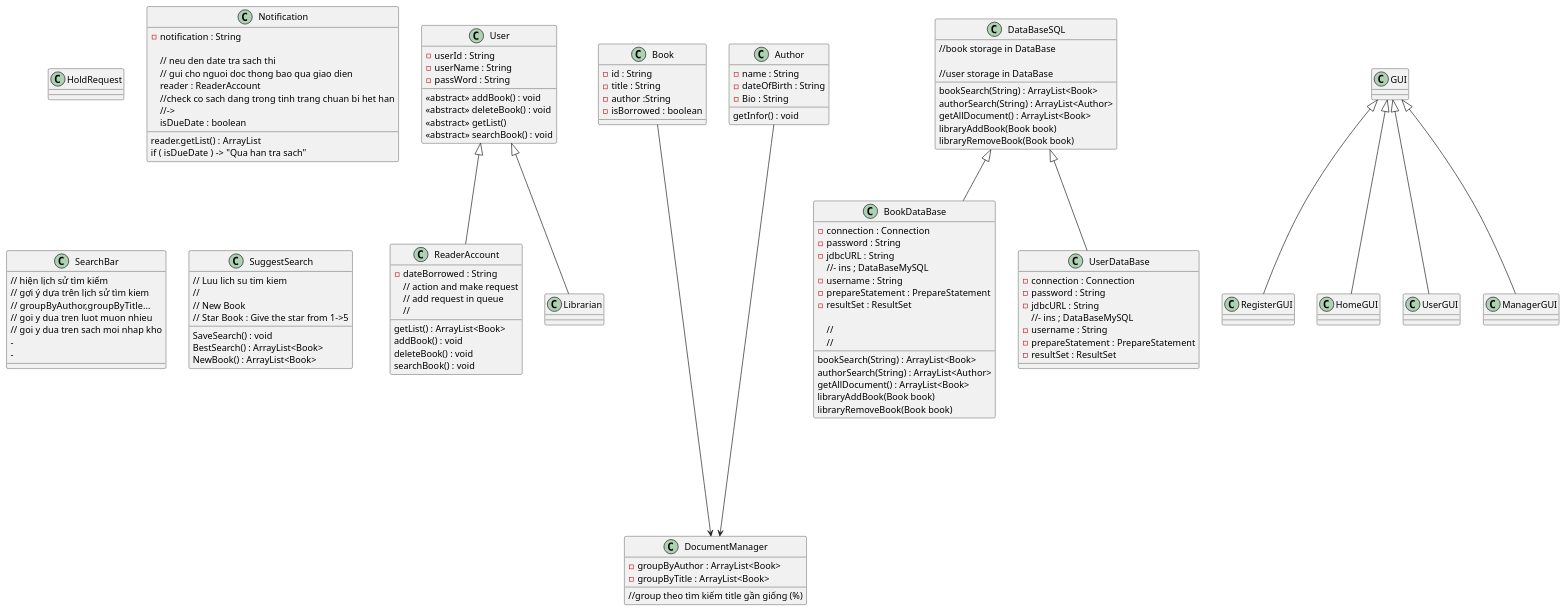
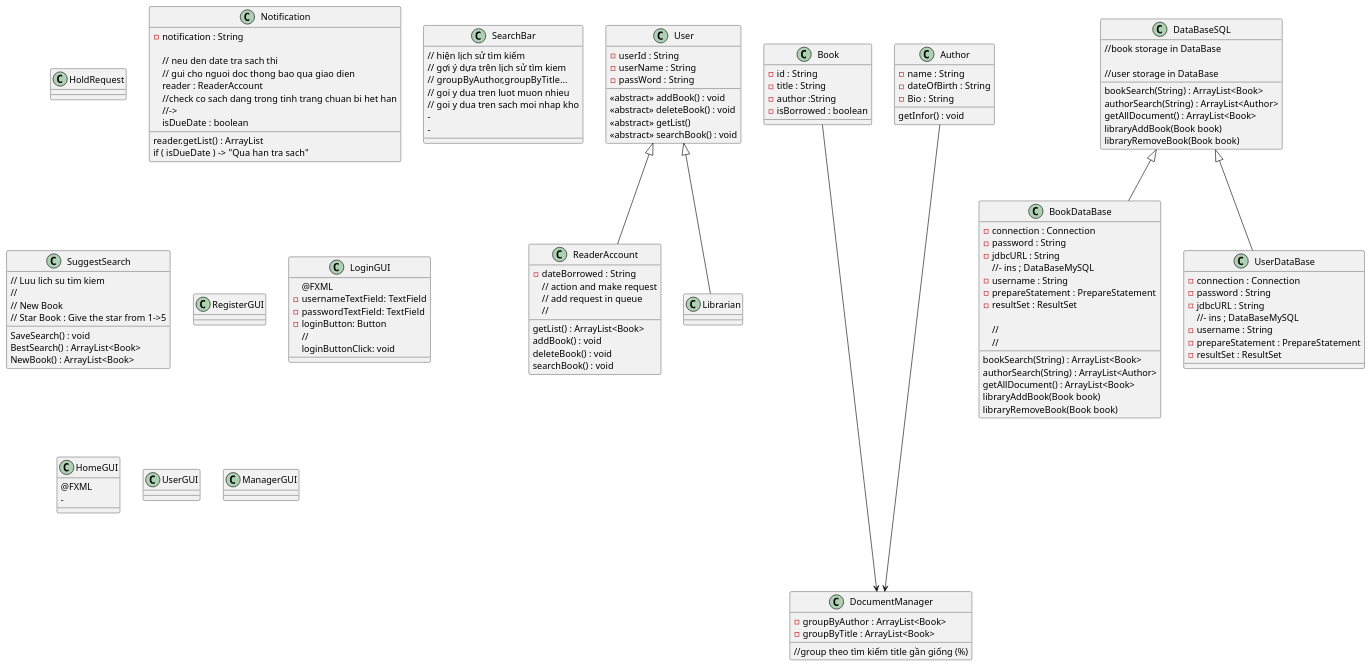
One commit to wind5293/Library_management changed the diagram in UML.puml. Above: the diagram before and after it, drawn with PlantUML. The commit also changed 10 other files, not shown here.

Commit message:
Update GUI UML + user stage 0.1

```diff
--- a/UML.puml
+++ b/UML.puml
@@ -1,141 +1,155 @@
 @startuml
 'https://plantuml.com/sequence-diagram
 
 class User {
  - userId : String
  - userName : String
  - passWord : String
  <<abstract>> addBook() : void
  <<abstract>> deleteBook() : void
  <<abstract>> getList()
  <<abstract>> searchBook() : void
 }
 
 class ReaderAccount extends User {
     - dateBorrowed : String
     // action and make request
     // add request in queue
     //
     getList() : ArrayList<Book>
     addBook() : void
     deleteBook() : void
     searchBook() : void
 }
 class Librarian extends User {
 
 }
 
 class HoldRequest {
 
 }
 
 class Notification {
 
     - notification : String
 
     // neu den date tra sach thi
     // gui cho nguoi doc thong bao qua giao dien
     reader : ReaderAccount
     reader.getList() : ArrayList
     //check co sach dang trong tinh trang chuan bi het han
     //->
     isDueDate : boolean
     if ( isDueDate ) -> "Qua han tra sach"
 }
 
 class Book {
   - id : String
   - title : String
   - author :String
   - isBorrowed : boolean
 }
 
 class DocumentManager {
     - groupByAuthor : ArrayList<Book>
     - groupByTitle : ArrayList<Book>
     //group theo tìm kiếm title gần giống (%)
 }
 
 class Author {
     - name : String
     - dateOfBirth : String
     - Bio : String
     getInfor() : void
 }
 
 Author----->DocumentManager
 Book-----> DocumentManager
 
 class DataBaseSQL {
 
      //book storage in DataBase
      bookSearch(String) : ArrayList<Book>
      authorSearch(String) : ArrayList<Author>
      getAllDocument() : ArrayList<Book>
      libraryAddBook(Book book)
      libraryRemoveBook(Book book)
 
      //user storage in DataBase
 
 }
 
 class BookDataBase extends DataBaseSQL {
     - connection : Connection
     - password : String
     - jdbcURL : String
     //- ins ; DataBaseMySQL
     - username : String
     - prepareStatement : PrepareStatement
     - resultSet : ResultSet
 
     bookSearch(String) : ArrayList<Book>
     authorSearch(String) : ArrayList<Author>
     //
     getAllDocument() : ArrayList<Book>
     //
     libraryAddBook(Book book)
     libraryRemoveBook(Book book)
 
 }
 
 class UserDataBase extends DataBaseSQL {
     - connection : Connection
     - password : String
     - jdbcURL : String
         //- ins ; DataBaseMySQL
     - username : String
     - prepareStatement : PrepareStatement
     - resultSet : ResultSet
 
 
 }
 class SearchBar {
     // hiện lịch sử tìm kiếm
     // gợi ý dựa trên lịch sử tìm kiem
     // groupByAuthor,groupByTitle...
     // goi y dua tren luot muon nhieu
     // goi y dua tren sach moi nhap kho
     -
     -
 }
 
 class SuggestSearch {
     // Luu lich su tim kiem
     SaveSearch() : void
     //
     BestSearch() : ArrayList<Book>
     // New Book
     NewBook() : ArrayList<Book>
     // Star Book : Give the star from 1->5
 
 }
 
-class GUI {}
-class RegisterGUI extends GUI {
+
+class RegisterGUI  {
+    
 }
-class HomeGUI extends GUI {}
-class UserGUI extends GUI {}
-class ManagerGUI extends GUI {}
+
+class LoginGUI {
+    @FXML
+    - usernameTextField: TextField
+    - passwordTextField: TextField
+    - loginButton: Button
+    //
+    loginButtonClick: void
+}
+
+class HomeGUI {
+    @FXML
+    -
+}
+class UserGUI  {}
+class ManagerGUI  {}
 
 
 @enduml
```
